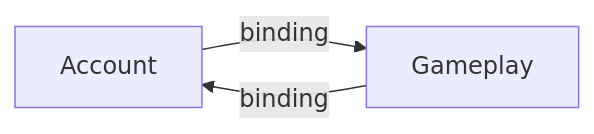
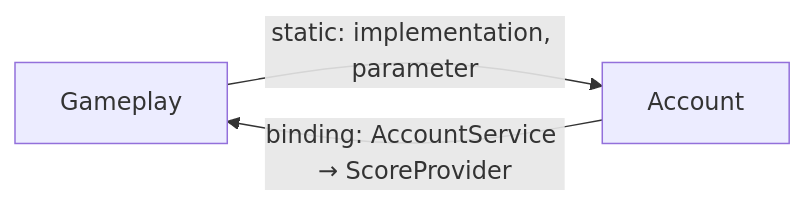
Before and after one commit to dkharevichinn/arch-lens-docs: the diagram in docs/findings/R1.md, drawn with Mermaid. The commit also changed other lines of this file and 72 other files, not shown here.

````diff
--- a/docs/findings/R1.md
+++ b/docs/findings/R1.md
@@ -31,5 +69,5 @@
 ```mermaid
 flowchart LR
-  A[Account] -->|binding| G[Gameplay]
-  G -->|binding| A
+  G[Gameplay] -->|static: implementation, parameter| A[Account]
+  A -->|binding: AccountService → ScoreProvider| G
 ```
````
